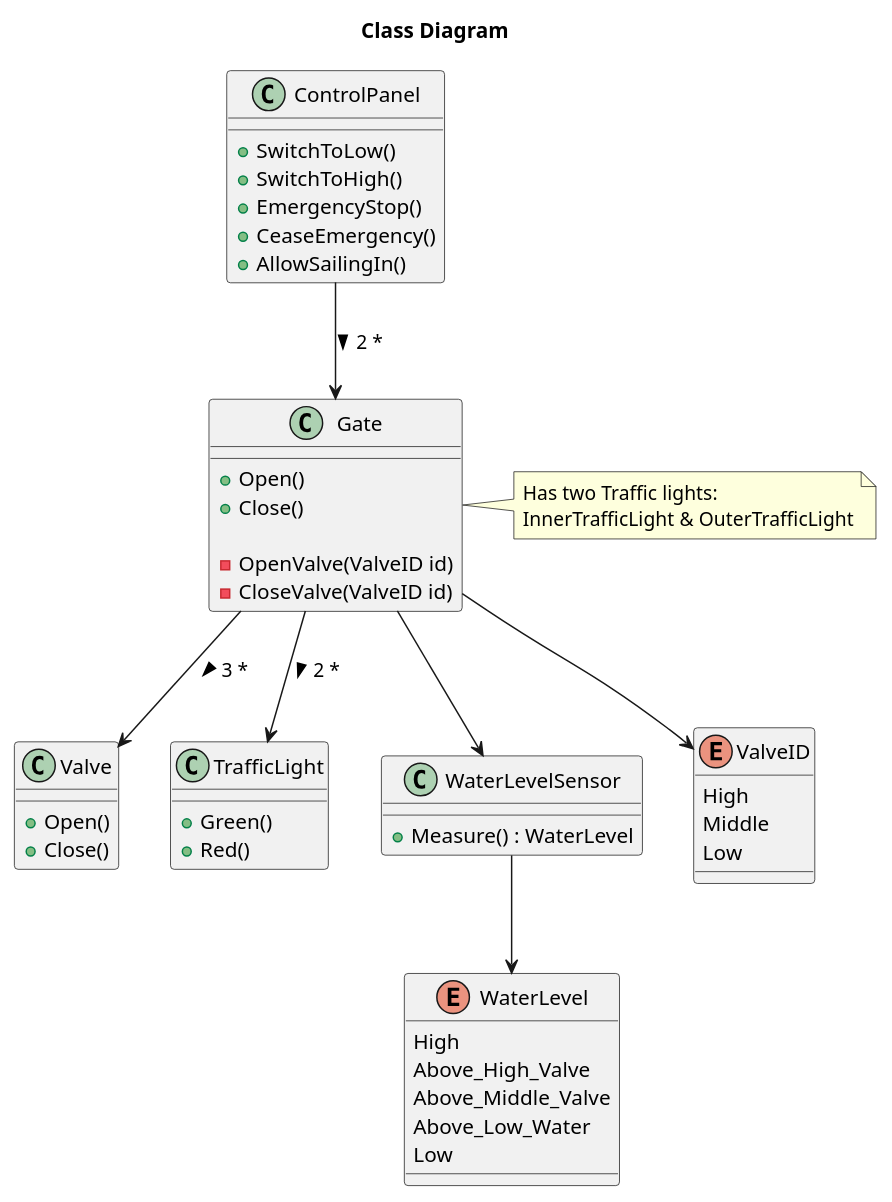
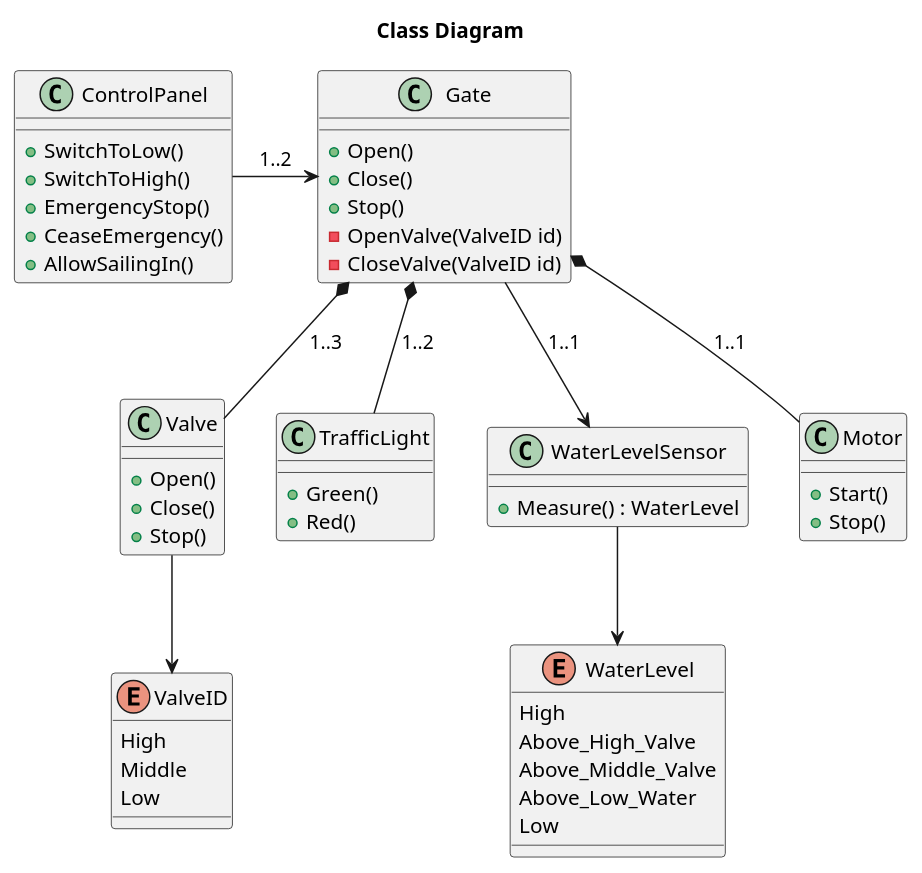
The second of 6 diagrams in Software Design & Algorithms/PoundLock/Diagrams.puml (NathanThus/Technology-Semester-3), drawn with PlantUML before and after one commit. The commit also changed other lines of this file, not shown here.

First line of the commit message:
Update Diagrams.puml

```diff
--- a/Software Design & Algorithms/PoundLock/Diagrams.puml
+++ b/Software Design & Algorithms/PoundLock/Diagrams.puml
@@ -13,63 +13,70 @@
 @startuml Class Diagram
 title Class Diagram
 
 Class ControlPanel
 {
     {method} + SwitchToLow()
     {method} + SwitchToHigh()
     {method} + EmergencyStop()
     {method} + CeaseEmergency()
     {method} + AllowSailingIn()
 }
 
 Class Valve
 {
     {method} + Open()
     {method} + Close()
+    {method} + Stop()
 }
 
 Class Gate
 {
     {method} + Open()
     {method} + Close()
-
+    {method} + Stop()
     {method} - OpenValve(ValveID id)
     {method} - CloseValve(ValveID id)
 }
 
 Class TrafficLight
 {
     {method} + Green()
     {method} + Red()
 }
 
 Class WaterLevelSensor
 {
     {method} + Measure() : WaterLevel
+}
+
+class Motor
+{
+    {method} + Start()
+    {method} + Stop()
 }
 
 enum WaterLevel
 {
     High
     Above_High_Valve
     Above_Middle_Valve
     Above_Low_Water
     Low
 }
 
 enum ValveID
 {
     High
     Middle
     Low
 }
 
-ControlPanel --> Gate:  > 2 *
-Gate --> WaterLevelSensor
+ControlPanel -> Gate : 1..2
+Gate --> WaterLevelSensor : 1..1
 WaterLevelSensor --> WaterLevel
-Gate --> ValveID
-Gate --> TrafficLight : > 2 * 
-Gate --> Valve : > 3 * 
+Valve --> ValveID
+Gate *-- TrafficLight : 1..2
+Gate *-- Valve : 1..3
+Gate *-- Motor : 1..1
 
-Note right of Gate : Has two Traffic lights:\nInnerTrafficLight & OuterTrafficLight
 @enduml
```
